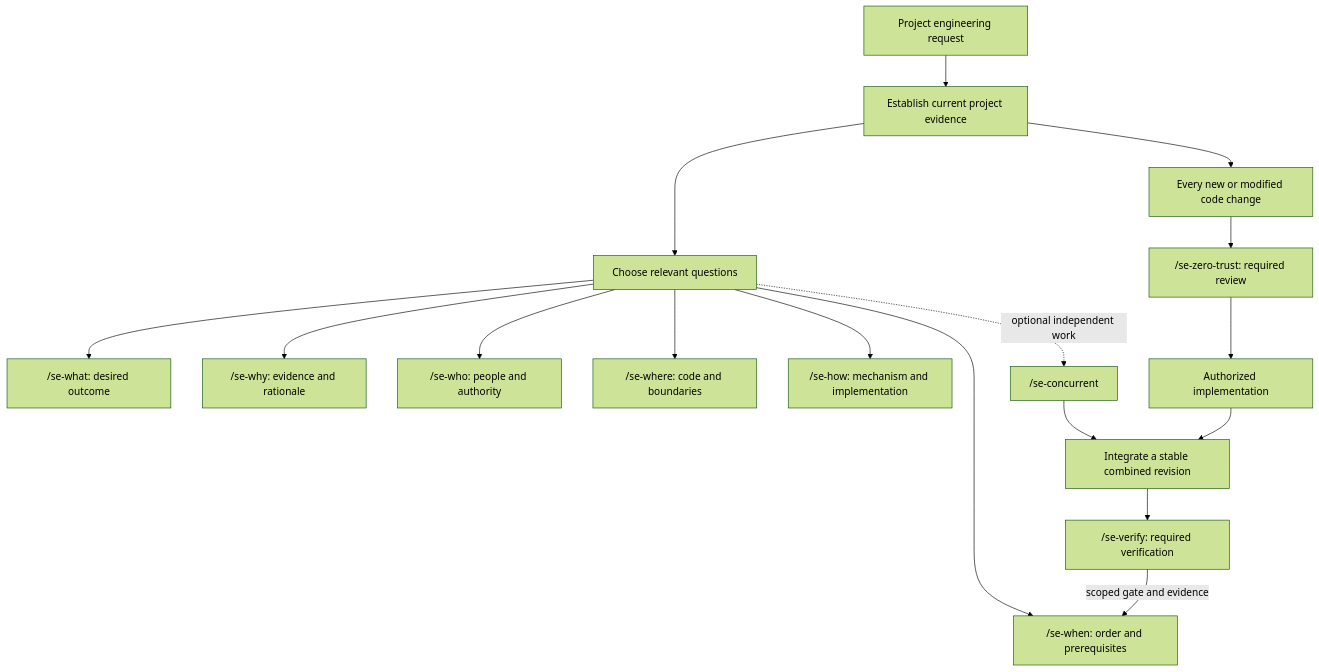
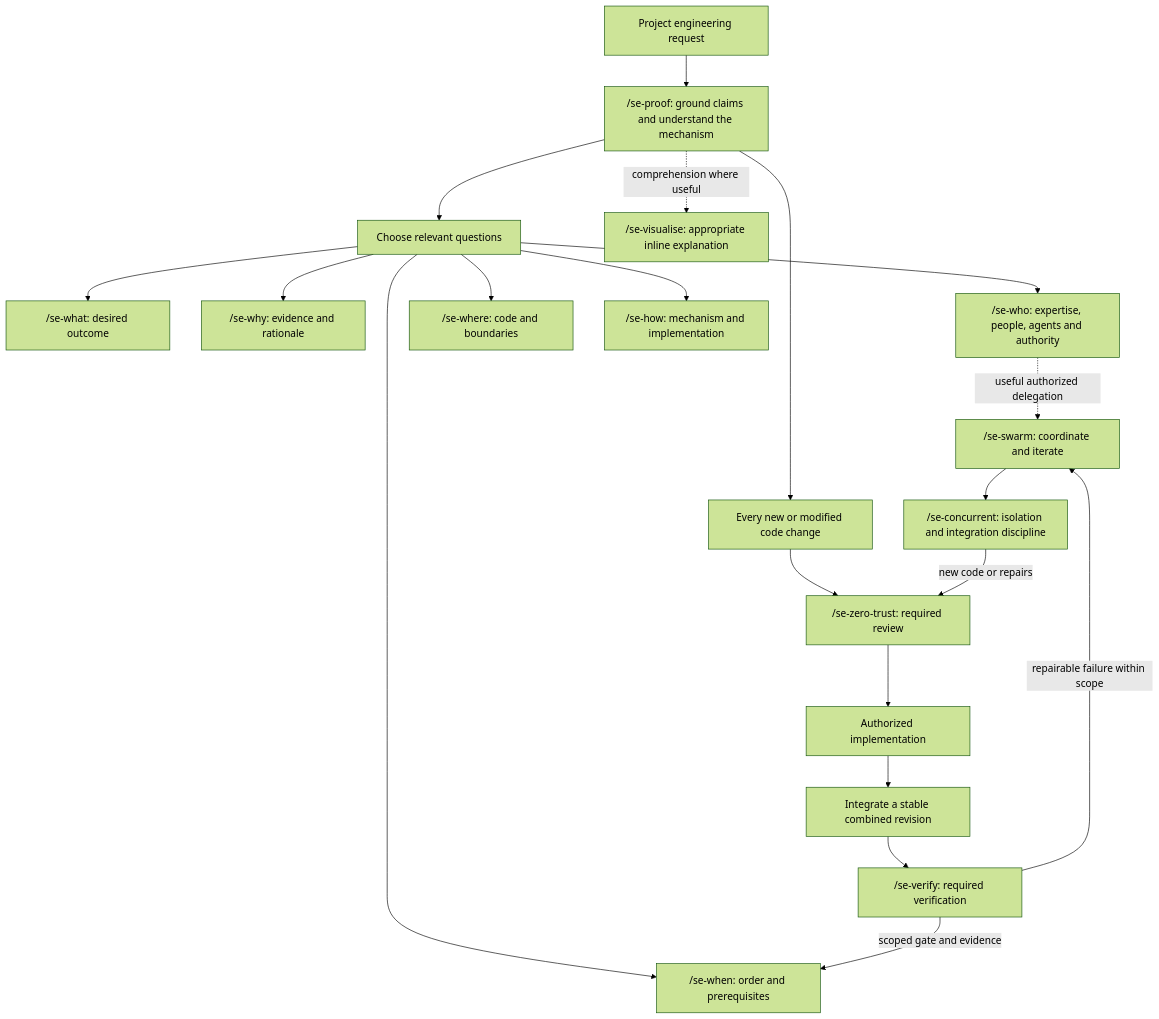
One commit to leonardwongly/se changed the diagram in README.md. Above: the diagram before and after it, drawn with Mermaid (forest theme). The commit also changed other lines of this file and 49 other files, not shown here.

Commit message:
Add proof, visualisation and swarm skills with specialist delegation

````diff
--- a/README.md
+++ b/README.md
@@ -77,19 +82,22 @@
 ```mermaid
 flowchart TD
-    R[Project engineering request] --> G[Establish current project evidence]
+    R[Project engineering request] --> G["/se-proof: ground claims and understand the mechanism"]
     G --> Q[Choose relevant questions]
     Q --> WHAT["/se-what: desired outcome"]
     Q --> WHY["/se-why: evidence and rationale"]
-    Q --> WHO["/se-who: people and authority"]
+    Q --> WHO["/se-who: expertise, people, agents and authority"]
     Q --> WHERE["/se-where: code and boundaries"]
     Q --> HOW["/se-how: mechanism and implementation"]
     Q --> WHEN["/se-when: order and prerequisites"]
     G --> C[Every new or modified code change]
     C --> Z["/se-zero-trust: required review"]
     Z --> E[Authorized implementation]
-    Q -. optional independent work .-> P["/se-concurrent"]
-    P --> I[Integrate a stable combined revision]
-    E --> I
+    WHO -. useful authorized delegation .-> S["/se-swarm: coordinate and iterate"]
+    S --> P["/se-concurrent: isolation and integration discipline"]
+    P -->|new code or repairs| Z
+    E --> I[Integrate a stable combined revision]
     I --> V["/se-verify: required verification"]
     V -->|scoped gate and evidence| WHEN
+    V -->|repairable failure within scope| S
+    G -. comprehension where useful .-> VIS["/se-visualise: appropriate inline explanation"]
 ```
````
